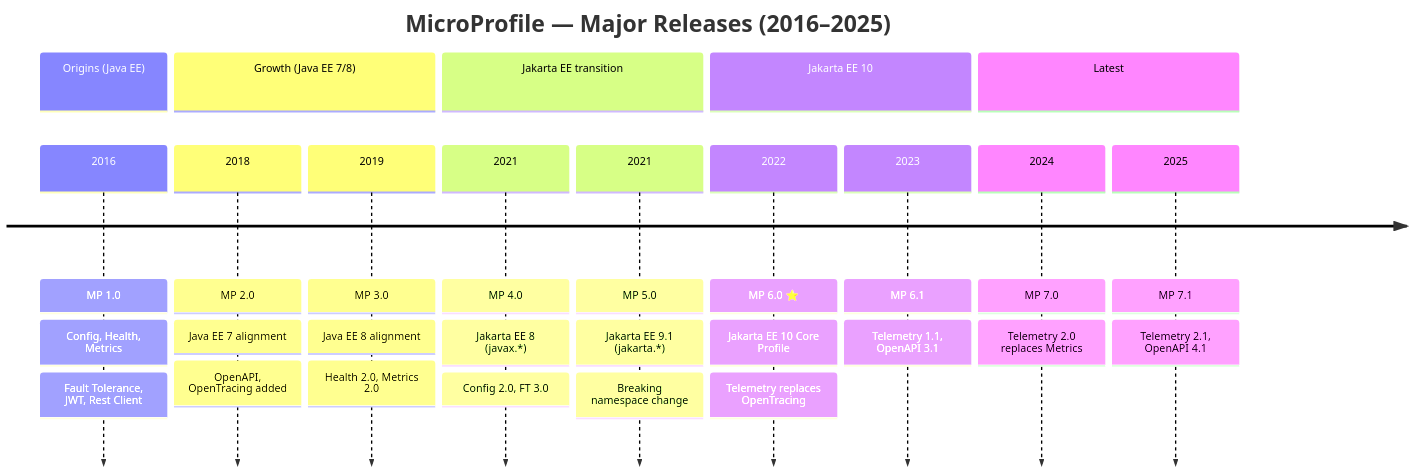
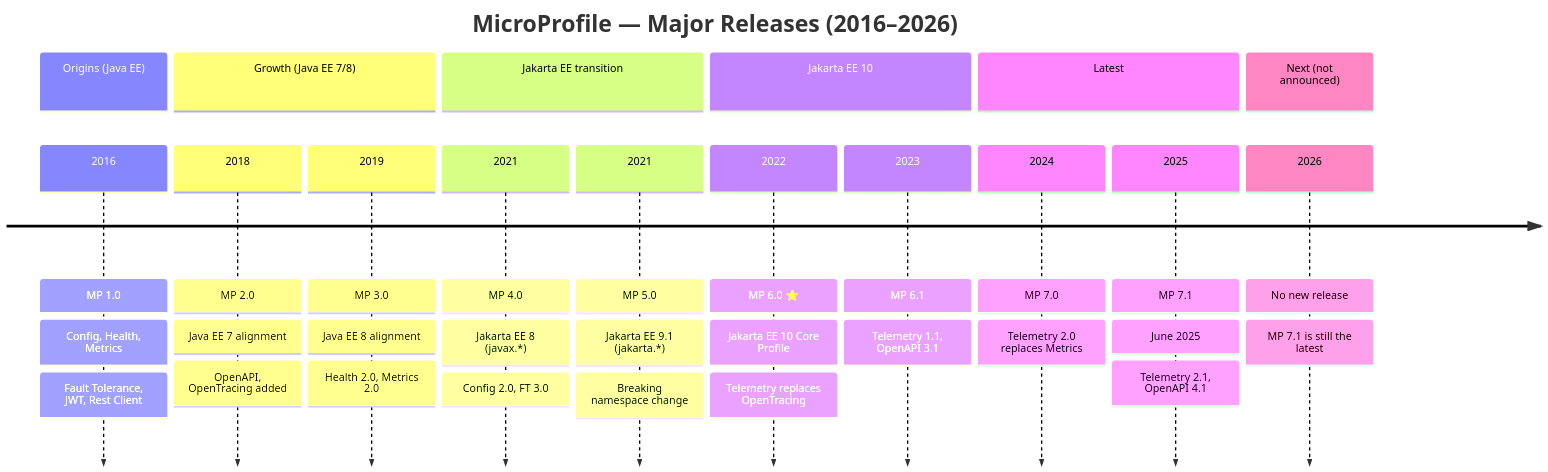
The second of 4 diagrams in 02-Lectures/01-intro-jakartaee-microprofile.md (oplanson/esipe-javaee), drawn with Mermaid before and after one commit. The commit also changed other lines of this file and 10 other files, not shown here.

Commit message:
correction des roadmap JakartaEE et Micropfile avec images plus lisibles.

````diff
--- a/02-Lectures/01-intro-jakartaee-microprofile.md
+++ b/02-Lectures/01-intro-jakartaee-microprofile.md
@@ -227,33 +234,37 @@
 ```mermaid
 timeline
-    title MicroProfile — Major Releases (2016–2025)
+    title MicroProfile — Major Releases (2016–2026)
     section Origins (Java EE)
         2016 : MP 1.0
              : Config, Health, Metrics
              : Fault Tolerance, JWT, Rest Client
     section Growth (Java EE 7/8)
         2018 : MP 2.0
              : Java EE 7 alignment
              : OpenAPI, OpenTracing added
         2019 : MP 3.0
              : Java EE 8 alignment
              : Health 2.0, Metrics 2.0
     section Jakarta EE transition
         2021 : MP 4.0
              : Jakarta EE 8 (javax.*)
              : Config 2.0, FT 3.0
         2021 : MP 5.0
              : Jakarta EE 9.1 (jakarta.*)
              : Breaking namespace change
     section Jakarta EE 10
         2022 : MP 6.0 ⭐
              : Jakarta EE 10 Core Profile
              : Telemetry replaces OpenTracing
         2023 : MP 6.1
              : Telemetry 1.1, OpenAPI 3.1
     section Latest
         2024 : MP 7.0
              : Telemetry 2.0 replaces Metrics
         2025 : MP 7.1
+             : June 2025
              : Telemetry 2.1, OpenAPI 4.1
+    section Next (not announced)
+        2026 : No new release
+             : MP 7.1 is still the latest
 ```
````
